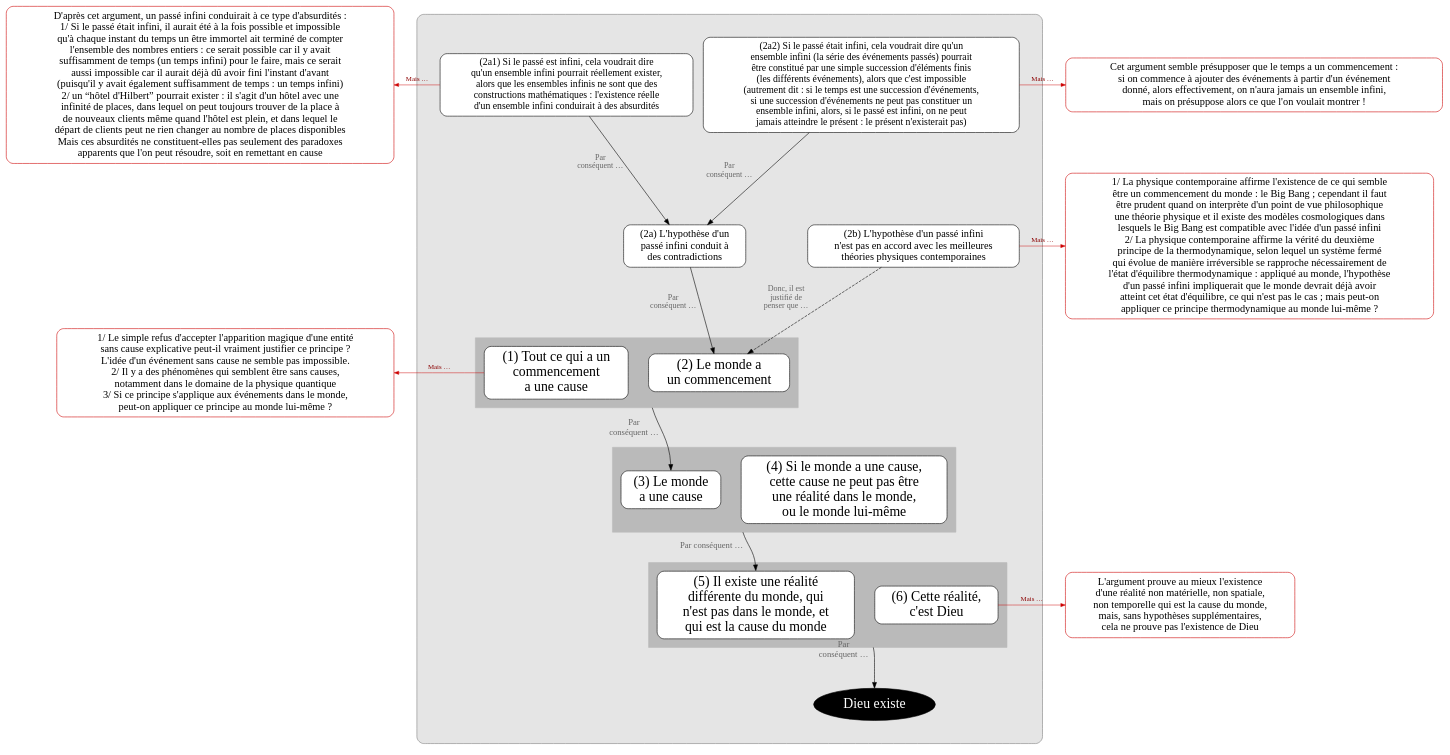
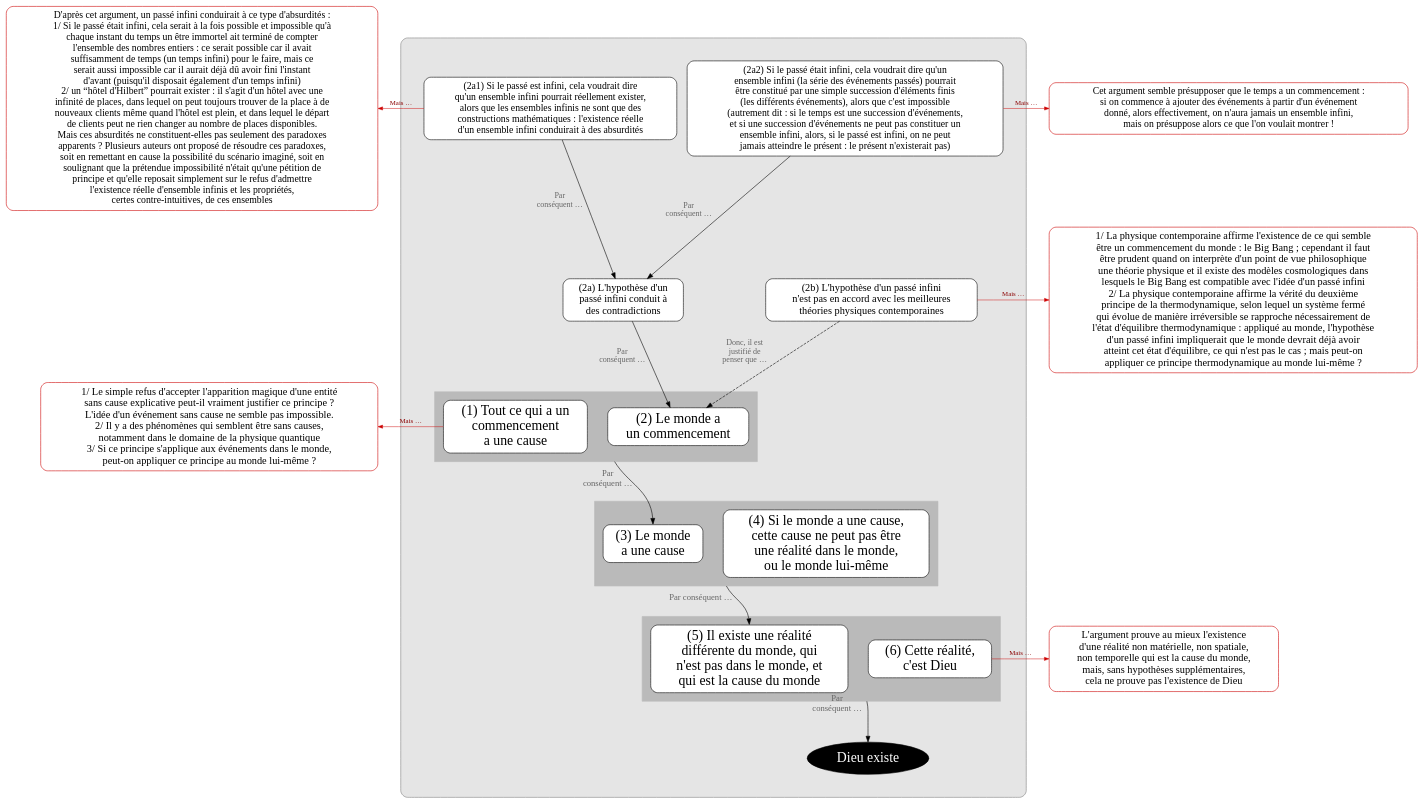
Before and after one commit to eyssette/graphviz-examples: the diagram in argument/argument-cosmologique2.dot, drawn with Graphviz.

```diff
--- a/argument/argument-cosmologique2.dot
+++ b/argument/argument-cosmologique2.dot
@@ -1,175 +1,181 @@
 digraph G {
 splines=true
 newrank=true
 compound=true
 ranksep=0.2
 
 node[color=red3, style="rounded, filled", shape="box", fillcolor=white, penwidth=1, fontcolor=black, fontsize=18, margin=0.1]
 
 o2a1[label="D'après cet argument, un passé infini conduirait à ce type d'absurdités : 
-1/ Si le passé était infini, il aurait été à la fois possible et impossible
-qu'à chaque instant du temps un être immortel ait terminé de compter 
-l'ensemble des nombres entiers : ce serait possible car il y avait
-suffisamment de temps (un temps infini) pour le faire, mais ce serait
-aussi impossible car il aurait déjà dû avoir fini l'instant d'avant
-(puisqu'il y avait également suffisamment de temps : un temps infini)
+1/ Si le passé était infini, cela serait à la fois possible et impossible qu'à
+chaque instant du temps un être immortel ait terminé de compter
+l'ensemble des nombres entiers : ce serait possible car il avait
+suffisamment de temps (un temps infini) pour le faire, mais ce
+serait aussi impossible car il aurait déjà dû avoir fini l'instant
+d'avant (puisqu'il disposait également d'un temps infini)
 2/ un “hôtel d'Hilbert” pourrait exister : il s'agit d'un hôtel avec une 
-infinité de places, dans lequel on peut toujours trouver de la place à
-de nouveaux clients même quand l'hôtel est plein, et dans lequel le
-départ de clients peut ne rien changer au nombre de places disponibles
+infinité de places, dans lequel on peut toujours trouver de la place à de
+nouveaux clients même quand l'hôtel est plein, et dans lequel le départ
+de clients peut ne rien changer au nombre de places disponibles.
 Mais ces absurdités ne constituent-elles pas seulement des paradoxes
-apparents que l'on peut résoudre, soit en remettant en cause
-"]
+apparents ? Plusieurs auteurs ont proposé de résoudre ces paradoxes,
+soit en remettant en cause la possibilité du scénario imaginé, soit en
+soulignant que la prétendue impossibilité n'était qu'une pétition de
+principe et qu'elle reposait simplement sur le refus d'admettre
+l'existence réelle d'ensemble infinis et les propriétés,
+certes contre-intuitives, de ces ensembles",fontsize=17]
 
 o1[label="1/ Le simple refus d'accepter l'apparition magique d'une entité
 sans cause explicative peut-il vraiment justifier ce principe ?
 L'idée d'un événement sans cause ne semble pas impossible.
 2/ Il y a des phénomènes qui semblent être sans causes,
 notamment dans le domaine de la physique quantique
 3/ Si ce principe s'applique aux événements dans le monde,
 peut-on appliquer ce principe au monde lui-même ?"]
 
 node[shape=box, fillcolor=white, style="filled,rounded", color=black, fontsize=24, penwidth=1,fontcolor=black, margin=0.1]
 edge[minlen=2,color=red3, penwidth=0.8, arrowsize=0.8, label=" Mais …", fontcolor=red4,fontsize=12]
 {rank=same;o1->p1[dir=back]}
 
 
 
 
 subgraph cluster_0 {
 bgcolor=grey90
 style=rounded
 color=grey50
 margin=40
 
 
 
 node[shape=box, fillcolor=white, style="filled,rounded", color=black]
 edge[label="",xlabel="Par
 conséquent …",fontcolor=grey40;fontsize=15,minlen=3,color=black,penwidth=1, arrowsize=1]
 
 
 {
 node[fontsize=17]
 p2a2[label="(2a2) Si le passé était infini, cela voudrait dire qu'un
 ensemble infini (la série des événements passés) pourrait
 être constitué par une simple succession d'éléments finis
 (les différents événements), alors que c'est impossible
 (autrement dit : si le temps est une succession d'événements, 
-si une succession d'événements ne peut pas constituer un
+et si une succession d'événements ne peut pas constituer un
 ensemble infini, alors, si le passé est infini, on ne peut
 jamais atteindre le présent : le présent n'existerait pas)"]
 p2a1[label="(2a1) Si le passé est infini, cela voudrait dire
 qu'un ensemble infini pourrait réellement exister,
 alors que les ensembles infinis ne sont que des
 constructions mathématiques : l'existence réelle
 d'un ensemble infini conduirait à des absurdités"]
 node[fontsize=18]
 p2b[label="(2b) L'hypothèse d'un passé infini
 n'est pas en accord avec les meilleures
 théories physiques contemporaines"]
 p2a[label="(2a) L'hypothèse d'un
-passé infini conduit à 
+passé infini conduit à
 des contradictions"]
 }
 
 p2a2->p2a[minlen=1, fontsize=14]
 p2a1->p2a[minlen=1, fontsize=14]
 p2a->p2[minlen=1, fontsize=14]
 p2b->p2[style="dashed", xlabel="Donc, il est
 justifié de
 penser que …",minlen=1, fontsize=14]
-{rank=same;p2a->p2b[style=invis,minlen=3]}
+{rank=same;p2a->p2b[style=invis,minlen=4]}
 
 subgraph cluster_1 {
 style="box"
 margin=15
 bgcolor=grey73
 color=grey73
 p1[label="(1) Tout ce qui a un
 commencement
 a une cause"]
 
 p2[label="(2) Le monde a
 un commencement"]
 }
 
 //p1->p2[style=invis,xlabel="",minlen=1]
 {rank=same;p1->p2[style=invis,xlabel="",minlen=1]}
 
 p2:w->p3:n[ltail=cluster_1]
 //p2:w->p3:n[ltail=cluster_1]
 
 
 subgraph cluster_2 {
 style="box"
 margin=15
 bgcolor=grey73
 color=grey73
 p3[label="(3) Le monde
 a une cause"]
 p4[label="(4) Si le monde a une cause,
 cette cause ne peut pas être
 une réalité dans le monde,
 ou le monde lui-même"]
 }
 {rank=same;p3->p4[style=invis,xlabel="",minlen=1]}
 
 p4:w->p5:n[ltail=cluster_2,xlabel="Par conséquent …"]
 
 
 subgraph cluster_3 {
 style="box"
 margin=15
 bgcolor=grey73
 color=grey73
 p5[label="(5) Il existe une réalité
 différente du monde, qui
 n'est pas dans le monde, et
 qui est la cause du monde"]
 p6[label="(6) Cette réalité,
 c'est Dieu"]
 }
 
 {rank=same;p5->p6[style=invis,xlabel="",minlen=1]}
 
 p6:w->C:n[ltail=cluster_3,minlen=4]
 
 C[label="Dieu existe",fillcolor=black, fontcolor=white, color=black, shape=ellipse]
 
 
 }
 
 node[color=red3, style="rounded, filled", shape="box", fillcolor=white, penwidth=1, fontcolor=black, fontsize=18, margin=0.1]
 
 o2b[label="1/ La physique contemporaine affirme l'existence de ce qui semble
 être un commencement du monde : le Big Bang ; cependant il faut
 être prudent quand on interprète d'un point de vue philosophique
 une théorie physique et il existe des modèles cosmologiques dans
 lesquels le Big Bang est compatible avec l'idée d'un passé infini
 2/ La physique contemporaine affirme la vérité du deuxième
 principe de la thermodynamique, selon lequel un système fermé
 qui évolue de manière irréversible se rapproche nécessairement de
 l'état d'équilibre thermodynamique : appliqué au monde, l'hypothèse
 d'un passé infini impliquerait que le monde devrait déjà avoir
 atteint cet état d'équilibre, ce qui n'est pas le cas ; mais peut-on
 appliquer ce principe thermodynamique au monde lui-même ?"]
 {rank=same;p2b->o2b}
 
 o6[label="L'argument prouve au mieux l'existence
 d'une réalité non matérielle, non spatiale,
 non temporelle qui est la cause du monde,
 mais, sans hypothèses supplémentaires,
 cela ne prouve pas l'existence de Dieu"]
 {rank=same;p6->o6}
 
 o2a2[label="Cet argument semble présupposer que le temps a un commencement :
 si on commence à ajouter des événements à partir d'un événement
 donné, alors effectivement, on n'aura jamais un ensemble infini,
-mais on présuppose alors ce que l'on voulait montrer !"]
+mais on présuppose alors ce que l'on voulait montrer !",fontsize=17]
 
 {rank=same;p2a2->o2a2}
 
 {rank=same;o2a1->p2a1[dir=back]}
 
+p2a2->p2b[minlen=1,style=invis]
+
 }
```
